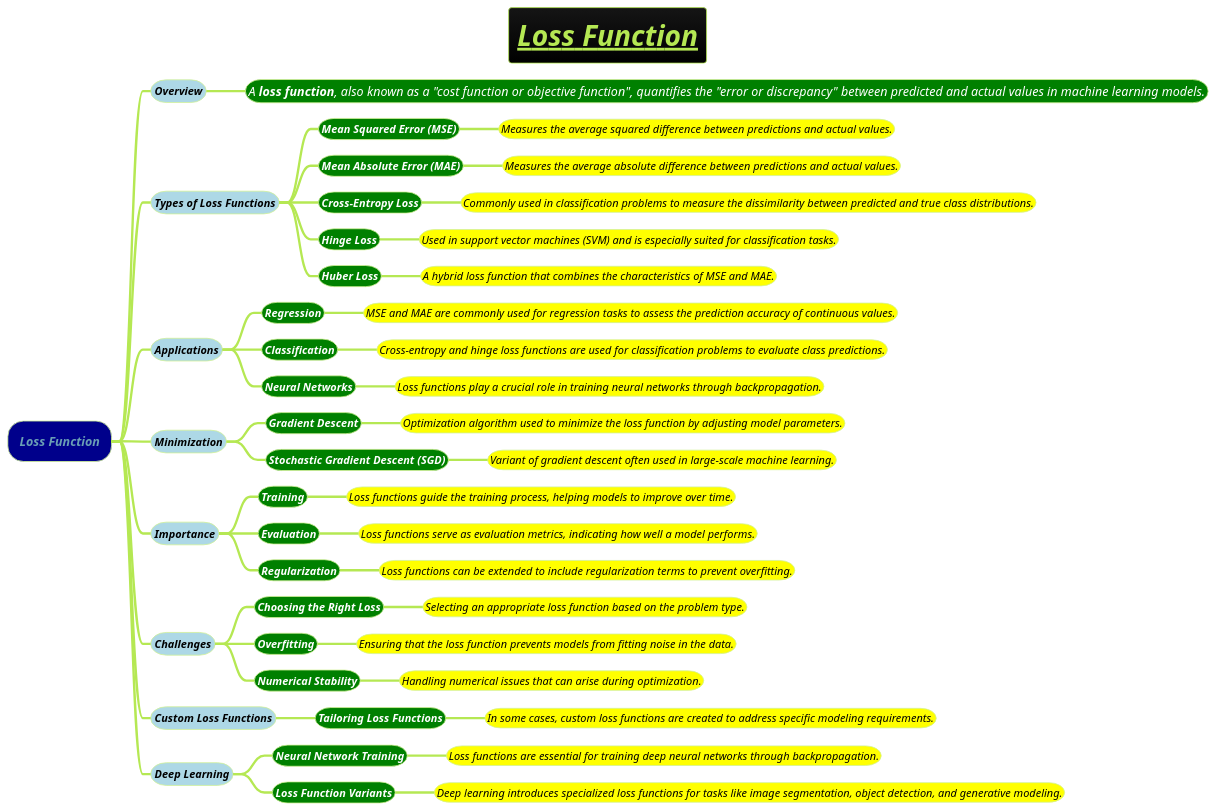
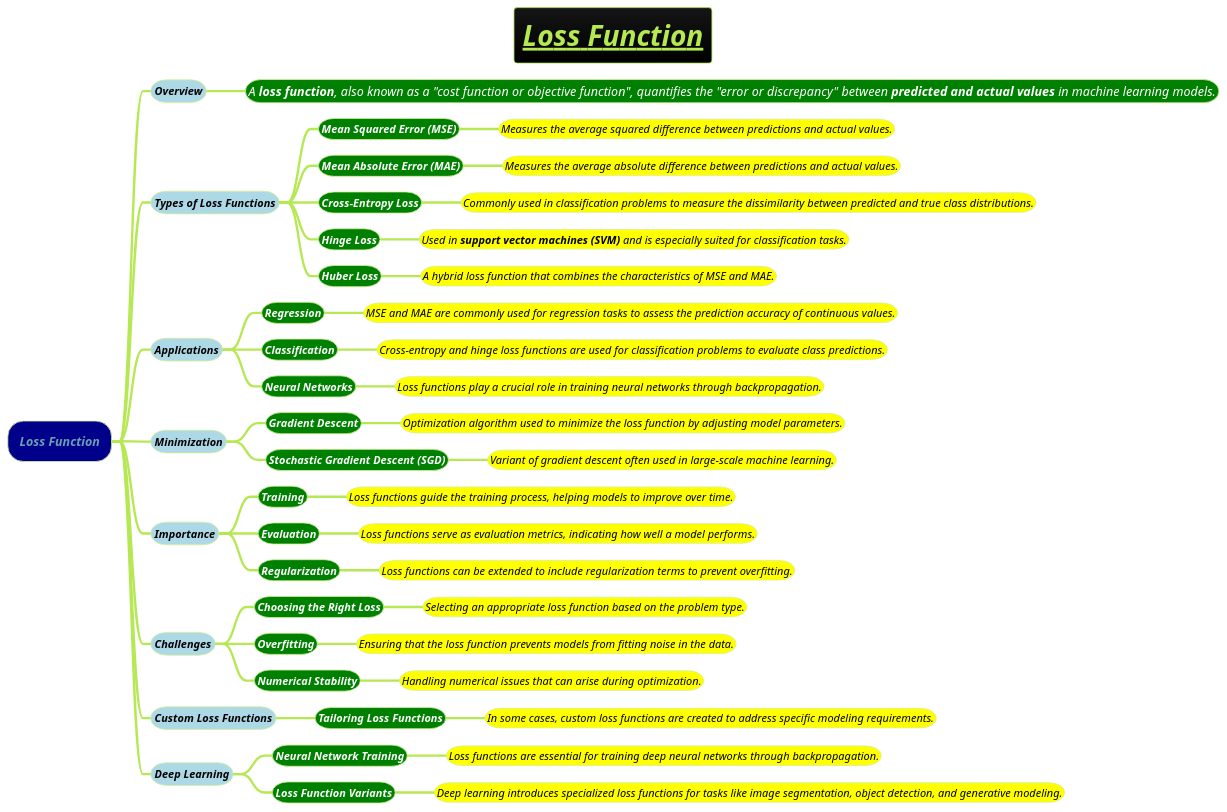
The diagram in docs/AI-ML- DL-Data-Science-and-BigData/machine-learning-ML/3-deep-learning-DL/Loss-Functions.puml (MehmoodHashmi/Documentation-as-Code-DaC), drawn with PlantUML before and after one commit. The commit also changed 9 other files, not shown here.

```diff
--- a/docs/AI-ML- DL-Data-Science-and-BigData/machine-learning-ML/3-deep-learning-DL/Loss-Functions.puml
+++ b/docs/AI-ML- DL-Data-Science-and-BigData/machine-learning-ML/3-deep-learning-DL/Loss-Functions.puml
@@ -1,62 +1,62 @@
 @startmindmap
 title =<i><b><u>Loss Function
 
 !theme hacker
 
 *[#darkblue] <i>Loss Function
 **[#lightblue] <i><color #black><b><size:14>Overview
-***[#green] <i><color #white><size:16>A **loss function**, also known as a "cost function or objective function", quantifies the "error or discrepancy" between predicted and actual values in machine learning models.
+***[#green] <i><color #white><size:16>A **loss function**, also known as a "cost function or objective function", quantifies the "error or discrepancy" between **predicted and actual values** in machine learning models.
 
 **[#lightblue] <i><color #black><b><size:14>Types of Loss Functions
 ***[#green] <i><color #white><b><size:14>Mean Squared Error (MSE)
 ****[#yellow] <i><color #black><size:14>Measures the average squared difference between predictions and actual values.
 ***[#green] <i><color #white><b><size:14>Mean Absolute Error (MAE)
 ****[#yellow] <i><color #black><size:14>Measures the average absolute difference between predictions and actual values.
 ***[#green] <i><color #white><b><size:14>Cross-Entropy Loss
 ****[#yellow] <i><color #black><size:14>Commonly used in classification problems to measure the dissimilarity between predicted and true class distributions.
 ***[#green] <i><color #white><b><size:14>Hinge Loss
-****[#yellow] <i><color #black><size:14>Used in support vector machines (SVM) and is especially suited for classification tasks.
+****[#yellow] <i><color #black><size:14>Used in **support vector machines (SVM)** and is especially suited for classification tasks.
 ***[#green] <i><color #white><b><size:14>Huber Loss
 ****[#yellow] <i><color #black><size:14>A hybrid loss function that combines the characteristics of MSE and MAE.
 
 **[#lightblue] <i><color #black><b><size:14>Applications
 ***[#green] <i><color #white><b><size:14>Regression
 ****[#yellow] <i><color #black><size:14>MSE and MAE are commonly used for regression tasks to assess the prediction accuracy of continuous values.
 ***[#green] <i><color #white><b><size:14>Classification
 ****[#yellow] <i><color #black><size:14>Cross-entropy and hinge loss functions are used for classification problems to evaluate class predictions.
 ***[#green] <i><color #white><b><size:14>Neural Networks
 ****[#yellow] <i><color #black><size:14>Loss functions play a crucial role in training neural networks through backpropagation.
 
 **[#lightblue] <i><color #black><b><size:14>Minimization
 ***[#green] <i><color #white><b><size:14>Gradient Descent
 ****[#yellow] <i><color #black><size:14>Optimization algorithm used to minimize the loss function by adjusting model parameters.
 ***[#green] <i><color #white><b><size:14>Stochastic Gradient Descent (SGD)
 ****[#yellow] <i><color #black><size:14>Variant of gradient descent often used in large-scale machine learning.
 
 **[#lightblue] <i><color #black><b><size:14>Importance
 ***[#green] <i><color #white><b><size:14>Training
 ****[#yellow] <i><color #black><size:14>Loss functions guide the training process, helping models to improve over time.
 ***[#green] <i><color #white><b><size:14>Evaluation
 ****[#yellow] <i><color #black><size:14>Loss functions serve as evaluation metrics, indicating how well a model performs.
 ***[#green] <i><color #white><b><size:14>Regularization
 ****[#yellow] <i><color #black><size:14>Loss functions can be extended to include regularization terms to prevent overfitting.
 
 **[#lightblue] <i><color #black><b><size:14>Challenges
 ***[#green] <i><color #white><b><size:14>Choosing the Right Loss
 ****[#yellow] <i><color #black><size:14>Selecting an appropriate loss function based on the problem type.
 ***[#green] <i><color #white><b><size:14>Overfitting
 ****[#yellow] <i><color #black><size:14>Ensuring that the loss function prevents models from fitting noise in the data.
 ***[#green] <i><color #white><b><size:14>Numerical Stability
 ****[#yellow] <i><color #black><size:14>Handling numerical issues that can arise during optimization.
 
 **[#lightblue] <i><color #black><b><size:14>Custom Loss Functions
 ***[#green] <i><color #white><b><size:14>Tailoring Loss Functions
 ****[#yellow] <i><color #black><size:14>In some cases, custom loss functions are created to address specific modeling requirements.
 
 **[#lightblue] <i><color #black><b><size:14>Deep Learning
 ***[#green] <i><color #white><b><size:14>Neural Network Training
 ****[#yellow] <i><color #black><size:14>Loss functions are essential for training deep neural networks through backpropagation.
 ***[#green] <i><color #white><b><size:14>Loss Function Variants
 ****[#yellow] <i><color #black><size:14>Deep learning introduces specialized loss functions for tasks like image segmentation, object detection, and generative modeling.
 
 @endmindmap
```
